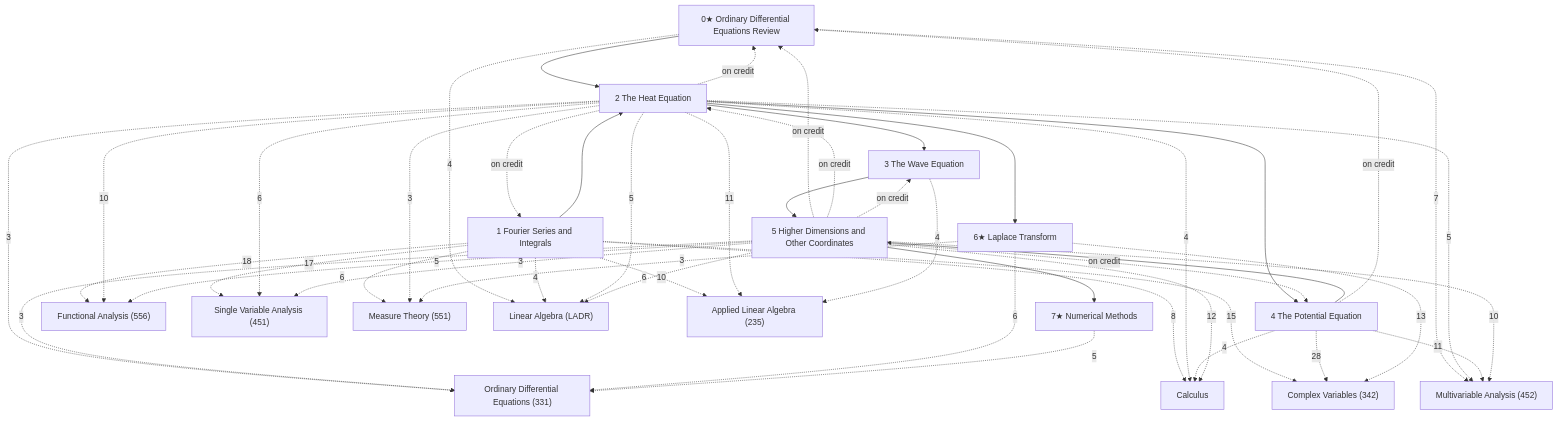
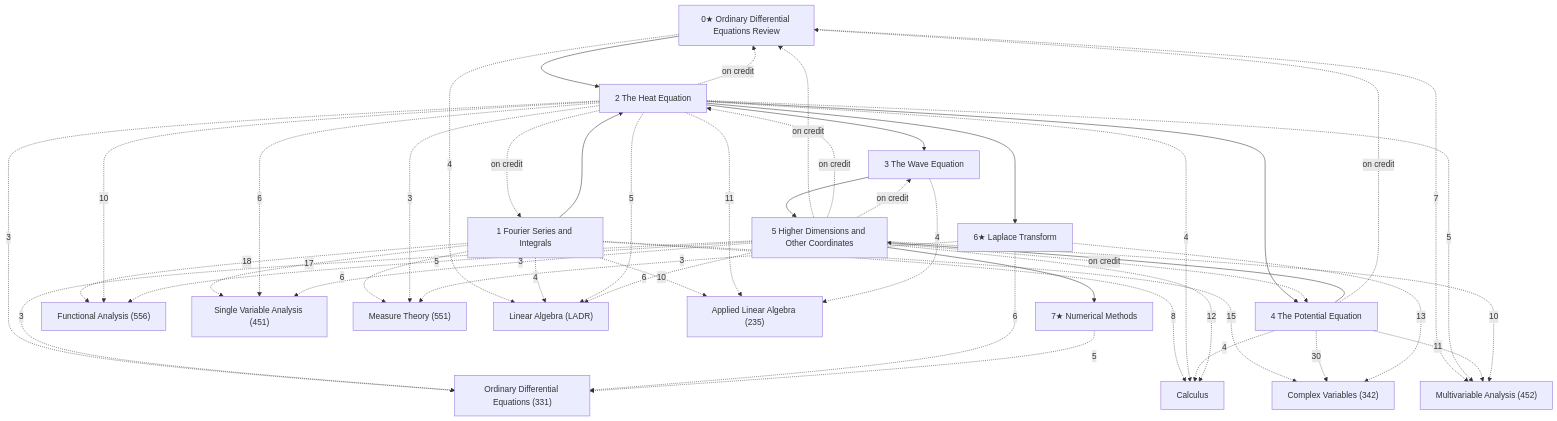
The diagram in Applied Math/Fourier Series and PDEs/Fourier Series and PDEs.md (Onion20040508/notes), drawn with Mermaid before and after one commit. The commit also changed other lines of this file and 880 other files, not shown here.

````diff
--- a/Applied Math/Fourier Series and PDEs/Fourier Series and PDEs.md
+++ b/Applied Math/Fourier Series and PDEs/Fourier Series and PDEs.md
@@ -20,66 +20,66 @@
 ```mermaid
 graph TD
   C0["0★ Ordinary Differential Equations Review"]
   C1["1 Fourier Series and Integrals"]
   C2["2 The Heat Equation"]
   C3["3 The Wave Equation"]
   C4["4 The Potential Equation"]
   C5["5 Higher Dimensions and Other Coordinates"]
   C6["6★ Laplace Transform"]
   C7["7★ Numerical Methods"]
   X1["Functional Analysis (556)"]
   X2["Single Variable Analysis (451)"]
   X3["Measure Theory (551)"]
   X4["Multivariable Analysis (452)"]
   X5["Linear Algebra (LADR)"]
   X6["Applied Linear Algebra (235)"]
   X7["Ordinary Differential Equations (331)"]
   X8["Calculus"]
   X10["Complex Variables (342)"]
   C0 --> C2
   C1 --> C2
   C2 --> C3
   C2 --> C4
   C2 --> C6
   C3 --> C5
   C4 --> C5
   C5 --> C7
   C2 -.->|on credit| C0
   C2 -.->|on credit| C1
   C4 -.->|on credit| C0
   C5 -.->|on credit| C0
   C5 -.->|on credit| C2
   C5 -.->|on credit| C3
   C5 -.->|on credit| C4
   C0 -.->|4| X5
   C0 -.->|7| X4
   C1 -.->|10| X6
   C1 -.->|8| X8
   C1 -.->|15| X10
   C1 -.->|18| X1
   C1 -.->|4| X5
   C1 -.->|6| X3
   C1 -.->|17| X2
   C2 -.->|11| X6
   C2 -.->|4| X8
   C2 -.->|10| X1
   C2 -.->|5| X5
   C2 -.->|3| X3
   C2 -.->|5| X4
   C2 -.->|3| X7
   C2 -.->|6| X2
   C3 -.->|4| X6
   C4 -.->|4| X8
-  C4 -.->|28| X10
+  C4 -.->|30| X10
   C4 -.->|11| X4
   C5 -.->|12| X8
   C5 -.->|5| X1
   C5 -.->|6| X5
   C5 -.->|10| X4
   C5 -.->|3| X7
   C5 -.->|3| X2
   C6 -.->|13| X10
   C6 -.->|3| X3
   C6 -.->|6| X7
   C7 -.->|5| X7
 ```
````
